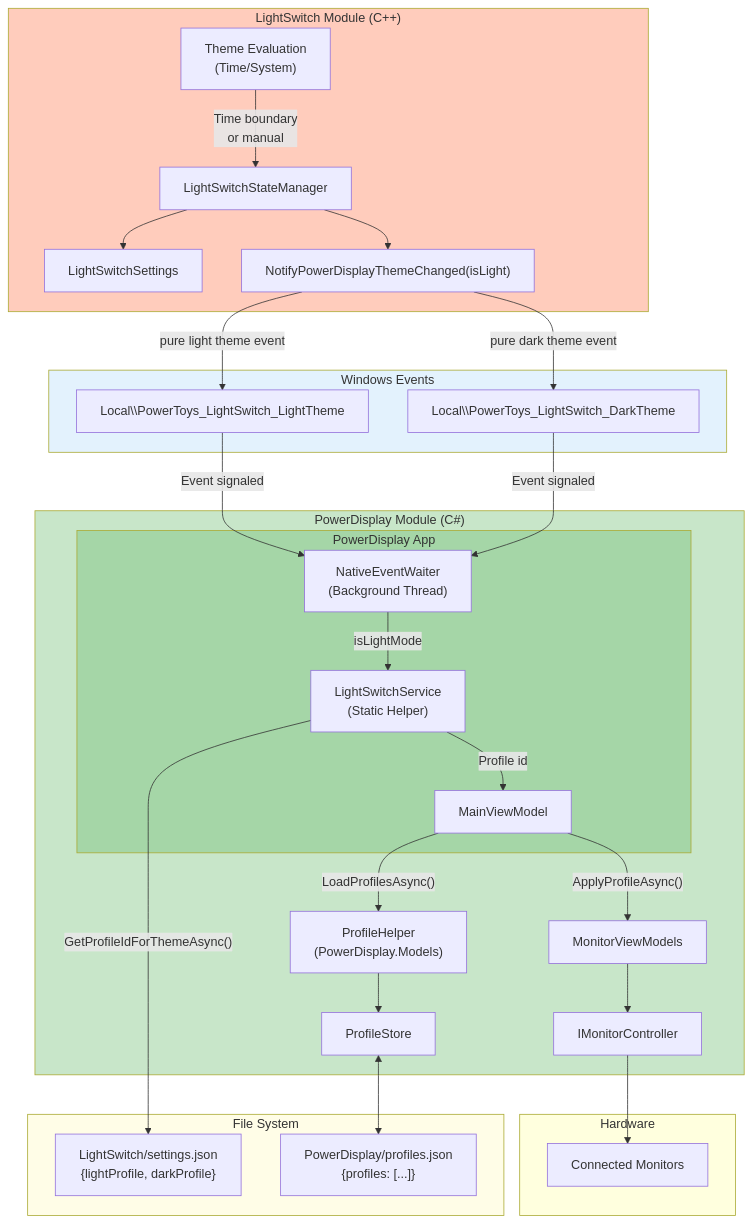
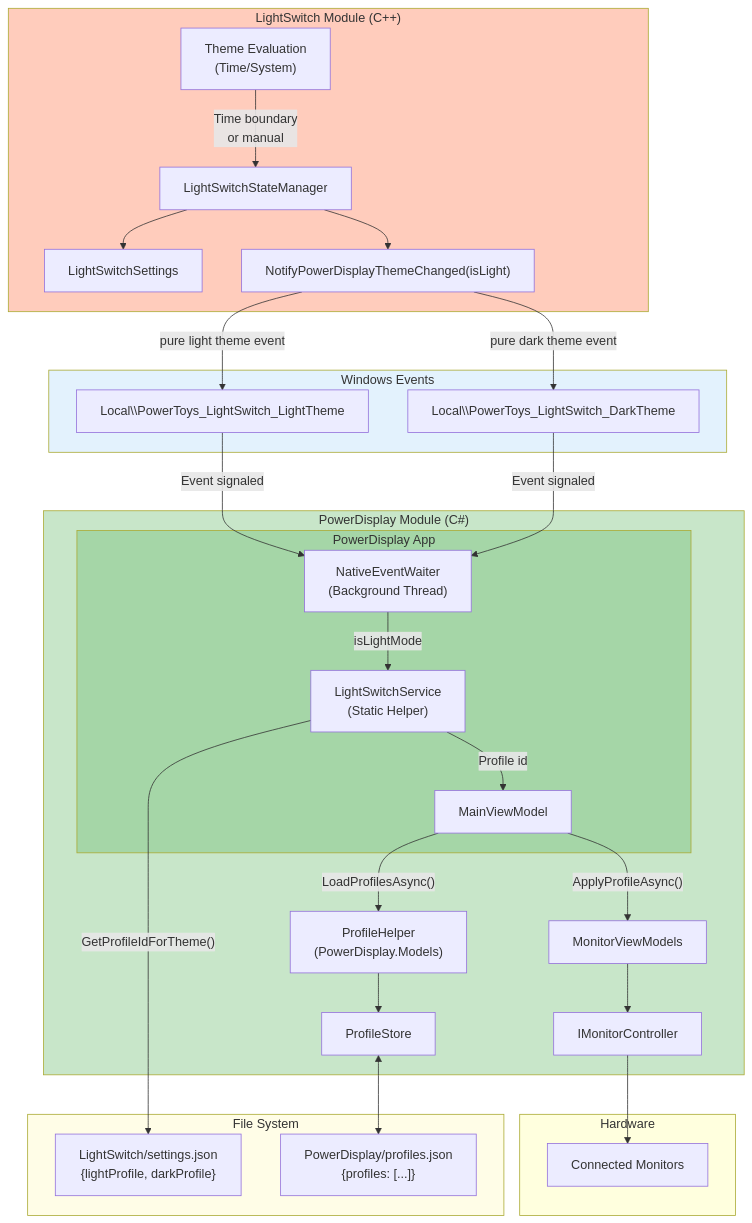
Diagram 13 of 23 in doc/devdocs/modules/powerdisplay/design.md (microsoft/PowerToys), drawn with Mermaid before and after one commit. The commit also changed other lines of this file and 51 other files, not shown here.

````diff
--- a/doc/devdocs/modules/powerdisplay/design.md
+++ b/doc/devdocs/modules/powerdisplay/design.md
@@ -1143,62 +1143,62 @@
 ```mermaid
 flowchart TB
     subgraph LightSwitchModule["LightSwitch Module (C++)"]
         StateManager["LightSwitchStateManager"]
         ThemeEval["Theme Evaluation<br/>(Time/System)"]
         LightSwitchSettings["LightSwitchSettings"]
         NotifyPD["NotifyPowerDisplayThemeChanged(isLight)"]
     end
 
     subgraph PowerDisplayModule["PowerDisplay Module (C#)"]
         subgraph App["PowerDisplay App"]
             EventWaiter["NativeEventWaiter<br/>(Background Thread)"]
             LightSwitchSvc["LightSwitchService<br/>(Static Helper)"]
             MainViewModel["MainViewModel"]
         end
 
         ProfileHelper["ProfileHelper<br/>(PowerDisplay.Models)"]
         ProfileStore["ProfileStore"]
         MonitorVMs["MonitorViewModels"]
         Controllers["IMonitorController"]
     end
 
     subgraph WindowsEvents["Windows Events"]
         LightEvent["Local\\PowerToys_LightSwitch_LightTheme"]
         DarkEvent["Local\\PowerToys_LightSwitch_DarkTheme"]
     end
 
     subgraph FileSystem["File System"]
         LSSettingsJson["LightSwitch/settings.json<br/>{lightProfile, darkProfile}"]
         PDProfilesJson["PowerDisplay/profiles.json<br/>{profiles: [...]}"]
     end
 
     subgraph Hardware["Hardware"]
         Monitors["Connected Monitors"]
     end
 
     %% LightSwitch flow
     ThemeEval -->|"Time boundary<br/>or manual"| StateManager
     StateManager --> LightSwitchSettings
     StateManager --> NotifyPD
     NotifyPD -->|"pure light theme event"| LightEvent
     NotifyPD -->|"pure dark theme event"| DarkEvent
 
     %% PowerDisplay flow - theme determined from event
     LightEvent -->|"Event signaled"| EventWaiter
     DarkEvent -->|"Event signaled"| EventWaiter
     EventWaiter -->|"isLightMode"| LightSwitchSvc
-    LightSwitchSvc -->|"GetProfileIdForThemeAsync()"| LSSettingsJson
+    LightSwitchSvc -->|"GetProfileIdForTheme()"| LSSettingsJson
     LightSwitchSvc -->|"Profile id"| MainViewModel
     MainViewModel -->|"LoadProfilesAsync()"| ProfileHelper
     ProfileHelper --> ProfileStore
     ProfileStore <--> PDProfilesJson
     MainViewModel -->|"ApplyProfileAsync()"| MonitorVMs
     MonitorVMs --> Controllers
     Controllers --> Monitors
 
     style LightSwitchModule fill:#ffccbc
     style PowerDisplayModule fill:#c8e6c9
     style App fill:#a5d6a7
     style WindowsEvents fill:#e3f2fd
     style FileSystem fill:#fffde7
 ```
````
